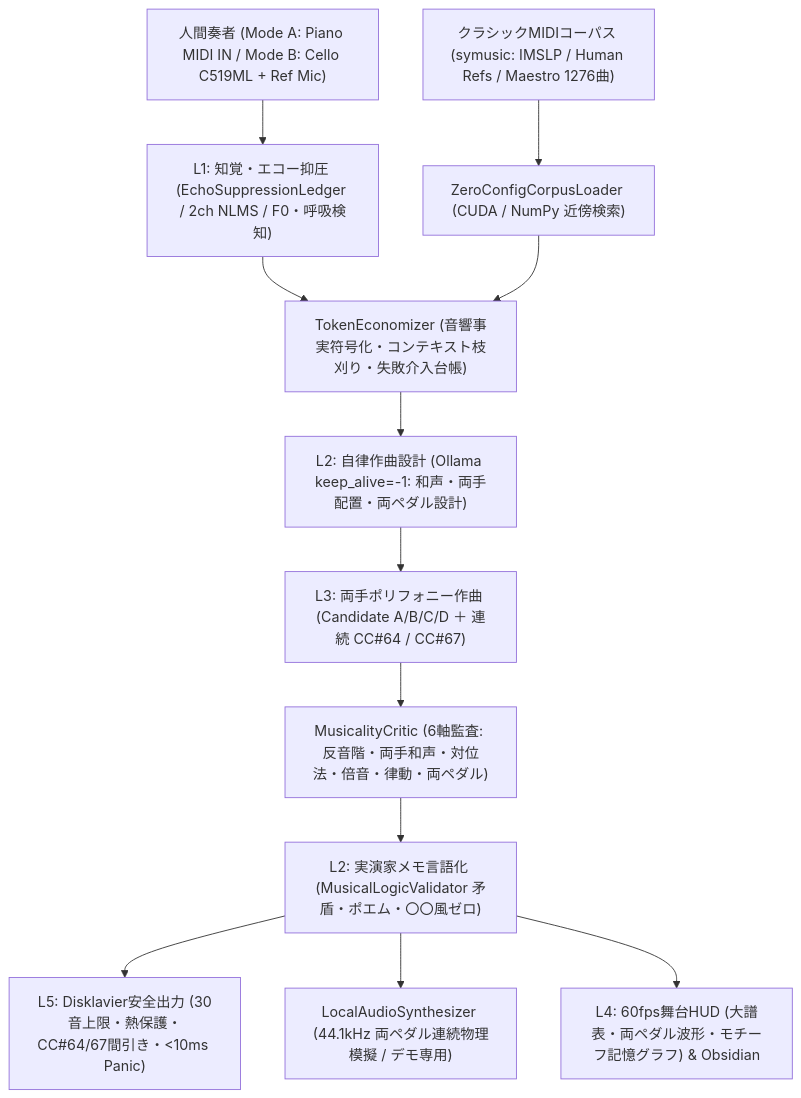
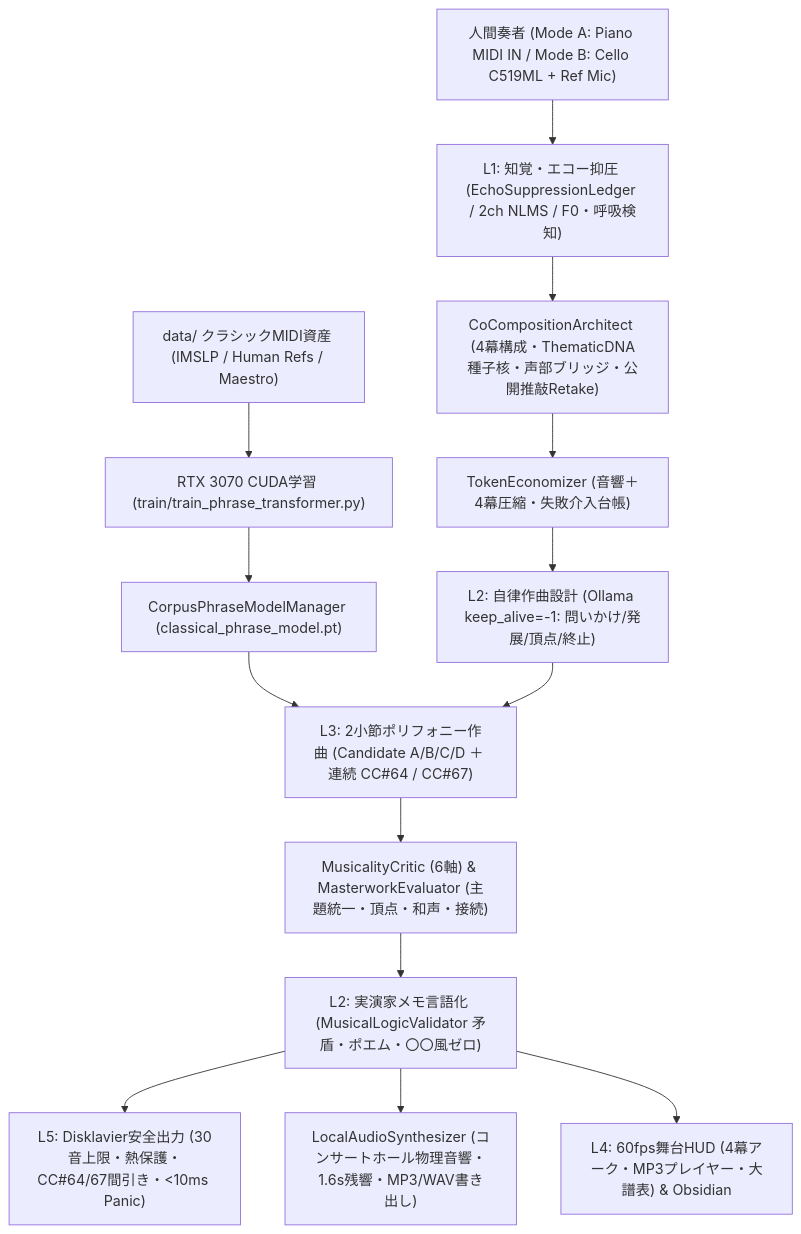
The first of 4 diagrams in README.md (AI-Avalon/Disklavier-Auto), drawn with Mermaid before and after one commit. The commit also changed other lines of this file and 75 other files, not shown here.

````diff
--- a/README.md
+++ b/README.md
@@ -47,14 +65,16 @@
 ```mermaid
 graph TD
     Human["人間奏者 (Mode A: Piano MIDI IN / Mode B: Cello C519ML + Ref Mic)"] --> L1["L1: 知覚・エコー抑圧 (EchoSuppressionLedger / 2ch NLMS / F0・呼吸検知)"]
-    Corpus["クラシックMIDIコーパス (symusic: IMSLP / Human Refs / Maestro 1276曲)"] --> Loader["ZeroConfigCorpusLoader (CUDA / NumPy 近傍検索)"]
-    L1 --> Econ["TokenEconomizer (音響事実符号化・コンテキスト枝刈り・失敗介入台帳)"]
-    Loader --> Econ
-    Econ --> L2P["L2: 自律作曲設計 (Ollama keep_alive=-1: 和声・両手配置・両ペダル設計)"]
-    L2P --> L3["L3: 両手ポリフォニー作曲 (Candidate A/B/C/D ＋ 連続 CC#64 / CC#67)"]
-    L3 --> Critic["MusicalityCritic (6軸監査: 反音階・両手和声・対位法・倍音・律動・両ペダル)"]
+    L1 --> Arch["CoCompositionArchitect (4幕構成・ThematicDNA種子核・声部ブリッジ・公開推敲Retake)"]
+    Corpus["data/ クラシックMIDI資産 (IMSLP / Human Refs / Maestro)"] --> Train["RTX 3070 CUDA学習 (train/train_phrase_transformer.py)"]
+    Train --> Model["CorpusPhraseModelManager (classical_phrase_model.pt)"]
+    Arch --> Econ["TokenEconomizer (音響＋4幕圧縮・失敗介入台帳)"]
+    Econ --> L2P["L2: 自律作曲設計 (Ollama keep_alive=-1: 問いかけ/発展/頂点/終止)"]
+    Model --> L3["L3: 2小節ポリフォニー作曲 (Candidate A/B/C/D ＋ 連続 CC#64 / CC#67)"]
+    L2P --> L3
+    L3 --> Critic["MusicalityCritic (6軸) & MasterworkEvaluator (主題統一・頂点・和声・接続)"]
     Critic --> L2M["L2: 実演家メモ言語化 (MusicalLogicValidator 矛盾・ポエム・〇〇風ゼロ)"]
     L2M --> L5["L5: Disklavier安全出力 (30音上限・熱保護・CC#64/67間引き・<10ms Panic)"]
-    L2M --> Synth["LocalAudioSynthesizer (44.1kHz 両ペダル連続物理模擬 / デモ専用)"]
-    L2M --> L4["L4: 60fps舞台HUD (大譜表・両ペダル波形・モチーフ記憶グラフ) & Obsidian"]
+    L2M --> Synth["LocalAudioSynthesizer (コンサートホール物理音響・1.6s残響・MP3/WAV書き出し)"]
+    L2M --> L4["L4: 60fps舞台HUD (4幕アーク・MP3プレイヤー・大譜表) & Obsidian"]
 ```
````
